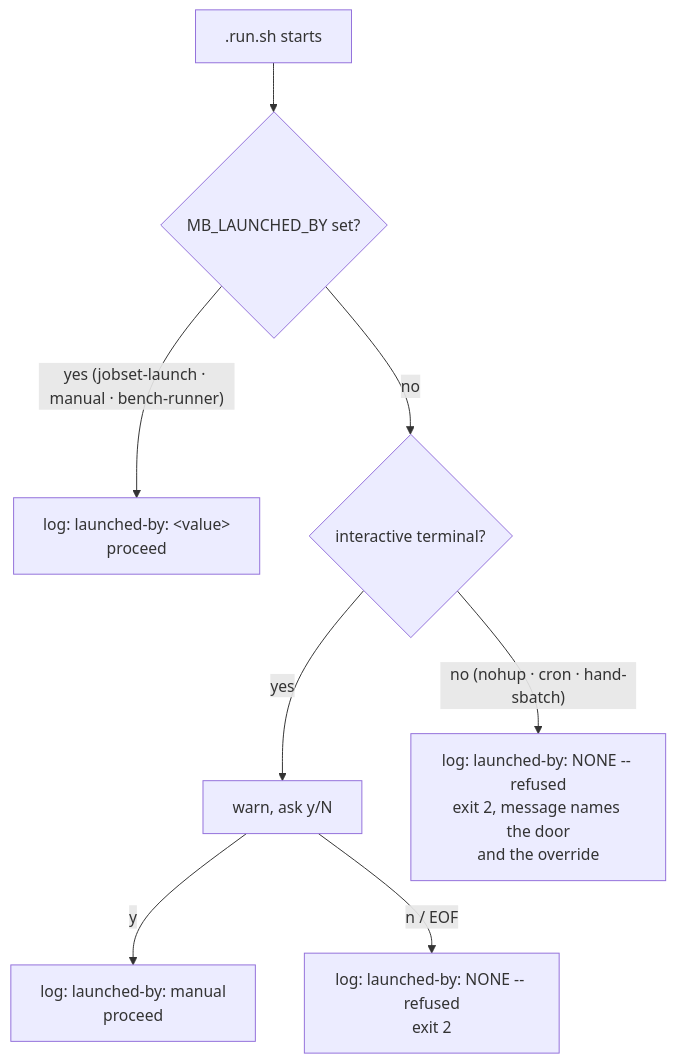
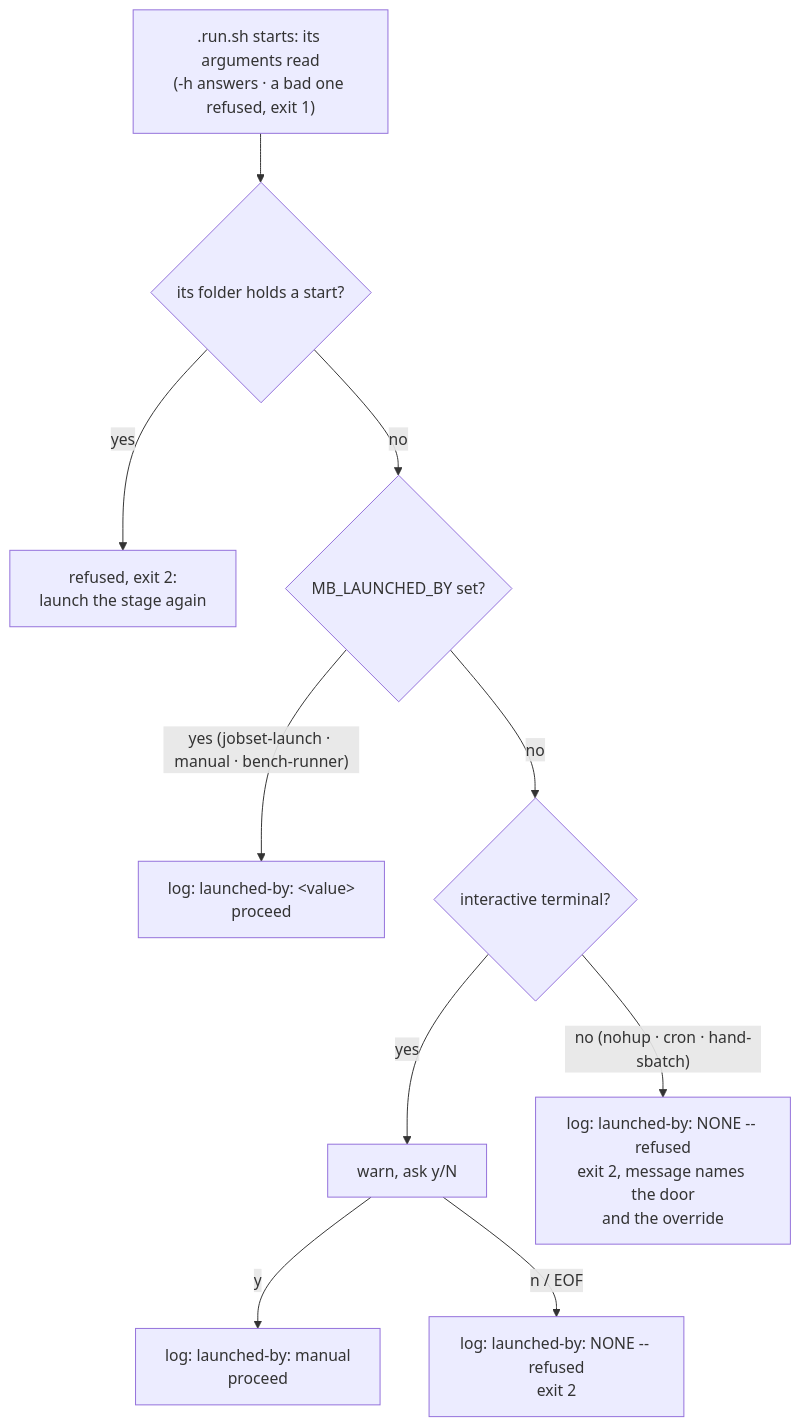
Before and after one commit to Qing-LAB/molbuilder: the fifth of 6 diagrams in docs/execution/running-a-job.md, drawn with Mermaid. The commit also changed other lines of this file and 122 other files, not shown here.

First line of the commit message:
2.60.0: a run is one start — the in-place retry and the try counter removed

````diff
--- a/docs/execution/running-a-job.md
+++ b/docs/execution/running-a-job.md
@@ -1264,10 +1219,12 @@
 ```mermaid
 flowchart TD
-    A[".run.sh starts"] --> B{"MB_LAUNCHED_BY set?"}
+    A0[".run.sh starts: its arguments read<br/>(-h answers · a bad one refused, exit 1)"] --> A1{"its folder holds a start?"}
+    A1 -- yes --> A2["refused, exit 2:<br/>launch the stage again"]
+    A1 -- no --> B{"MB_LAUNCHED_BY set?"}
     B -- "yes (jobset-launch · manual · bench-runner)" --> C["log: launched-by: &lt;value&gt;<br/>proceed"]
     B -- no --> D{"interactive terminal?"}
     D -- yes --> E["warn, ask y/N"]
     E -- y --> C2["log: launched-by: manual<br/>proceed"]
     E -- "n / EOF" --> F["log: launched-by: NONE -- refused<br/>exit 2"]
     D -- "no (nohup · cron · hand-sbatch)" --> G["log: launched-by: NONE -- refused<br/>exit 2, message names the door<br/>and the override"]
 ```
````
